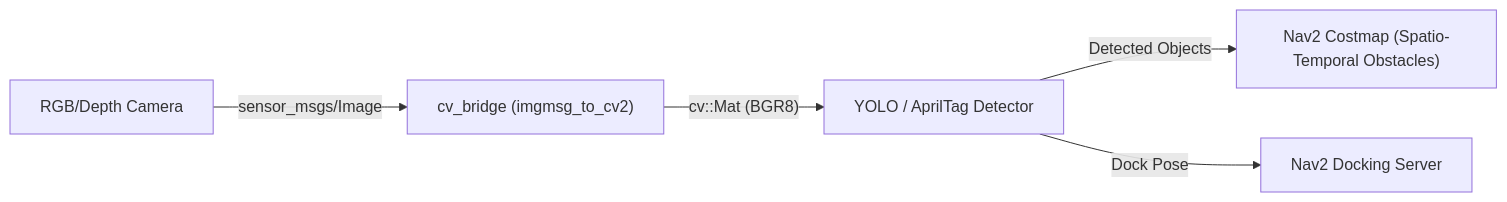
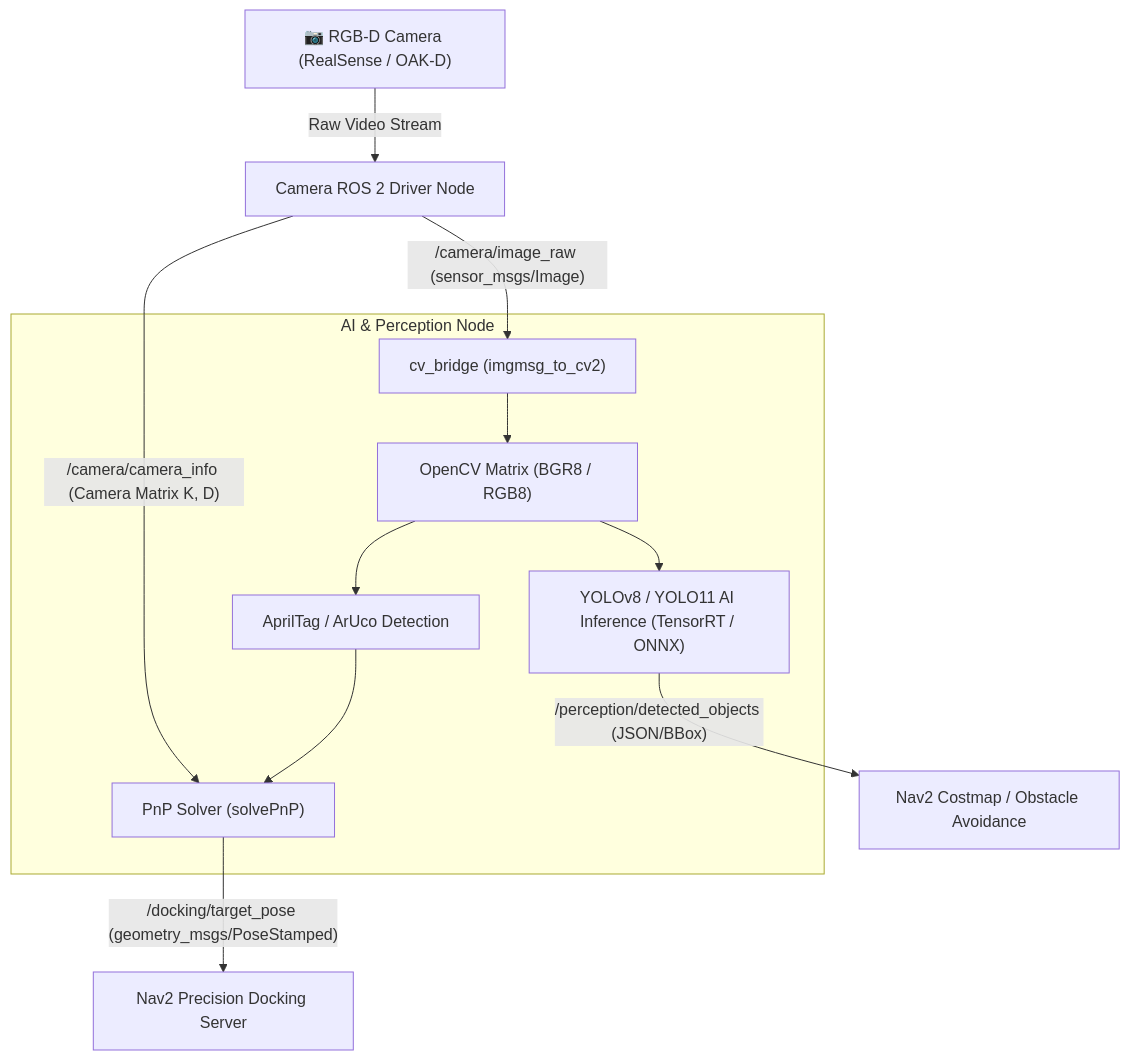
The diagram in Advanced_ROS/02_Vision_AI_Perception/README.md (alfaXphoori/ros2), drawn with Mermaid before and after one commit. The commit also changed other lines of this file and 14 other files, not shown here.

````diff
--- a/Advanced_ROS/02_Vision_AI_Perception/README.md
+++ b/Advanced_ROS/02_Vision_AI_Perception/README.md
@@ -14,7 +20,16 @@
 ```mermaid
-flowchart LR
-    Cam["RGB/Depth Camera"] -->|"sensor_msgs/Image"| Bridge["cv_bridge (imgmsg_to_cv2)"]
-    Bridge -->|"cv::Mat (BGR8)"| AI["YOLO / AprilTag Detector"]
-    AI -->|"Detected Objects"| Costmap["Nav2 Costmap (Spatio-Temporal Obstacles)"]
-    AI -->|"Dock Pose"| DockServer["Nav2 Docking Server"]
+flowchart TD
+    Cam["📷 RGB-D Camera (RealSense / OAK-D)"] -->|Raw Video Stream| Driver["Camera ROS 2 Driver Node"]
+    Driver -->|"/camera/image_raw (sensor_msgs/Image)"| Bridge["cv_bridge (imgmsg_to_cv2)"]
+    Driver -->|"/camera/camera_info (Camera Matrix K, D)"| PnP["PnP Solver (solvePnP)"]
+
+    subgraph Perception_Pipeline ["AI & Perception Node"]
+        Bridge --> OpenCV_Mat["OpenCV Matrix (BGR8 / RGB8)"]
+        OpenCV_Mat --> YOLO["YOLOv8 / YOLO11 AI Inference (TensorRT / ONNX)"]
+        OpenCV_Mat --> MarkerDet["AprilTag / ArUco Detection"]
+        MarkerDet --> PnP
+    end
+
+    YOLO -->|"/perception/detected_objects (JSON/BBox)"| Nav2["Nav2 Costmap / Obstacle Avoidance"]
+    PnP -->|"/docking/target_pose (geometry_msgs/PoseStamped)"| Docking["Nav2 Precision Docking Server"]
 ```
````
